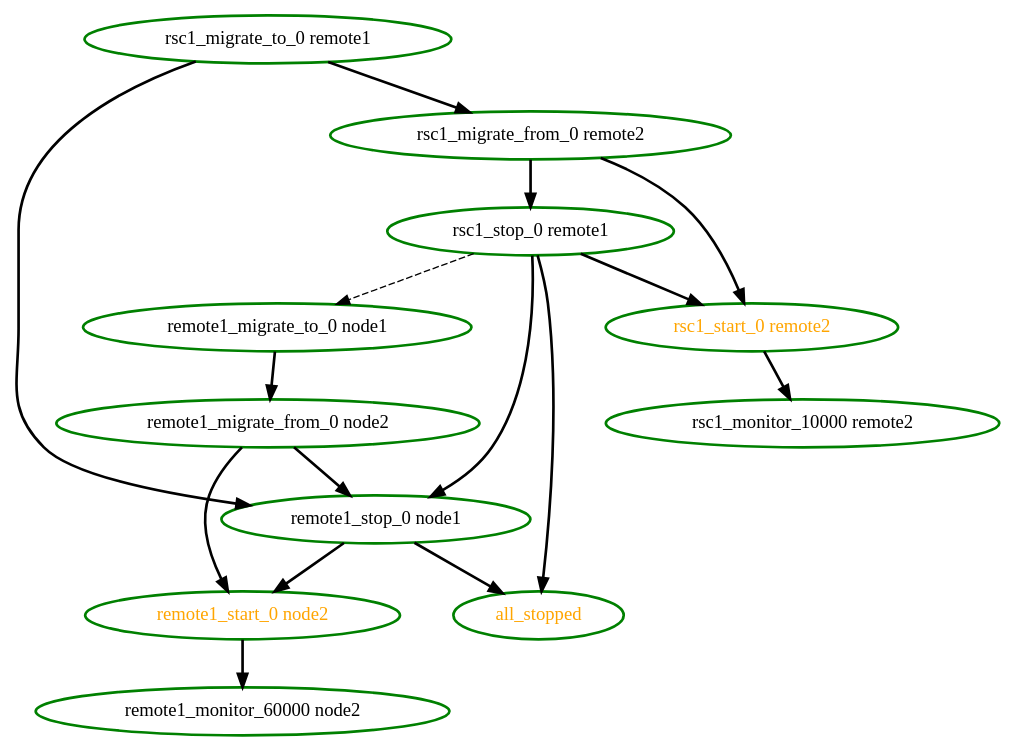
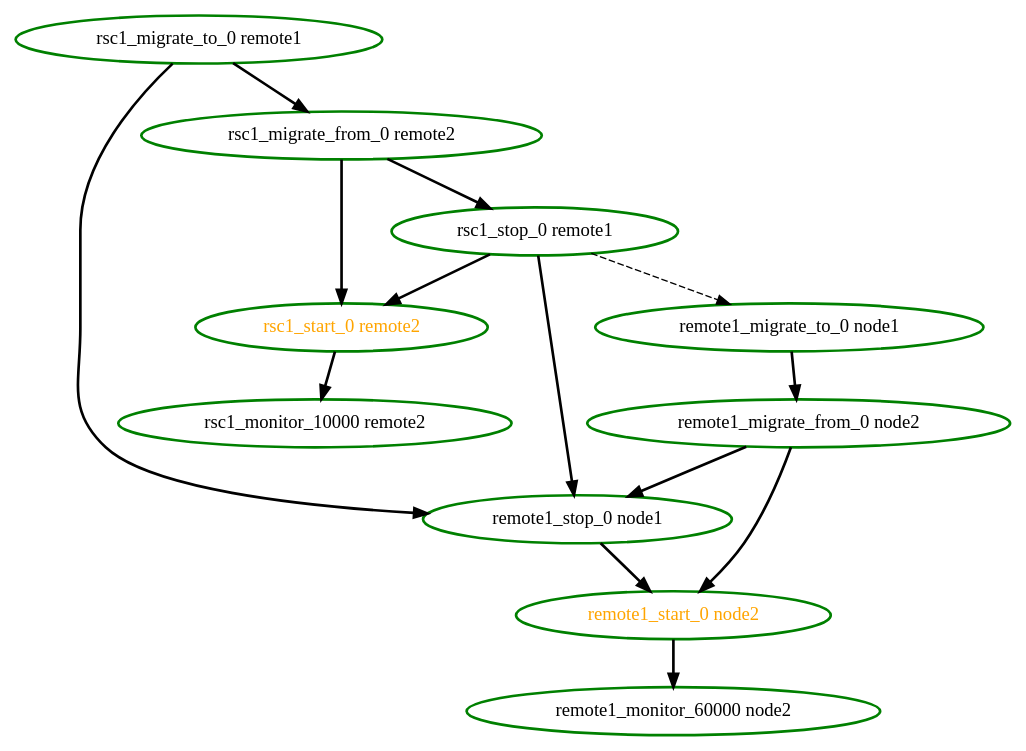
One commit to eurolinux-enterprise-linux-sources/pacemaker changed the diagram in src/pengine/test10/migration-behind-migrating-remote.dot. Above: the diagram before and after it, drawn with Graphviz. The commit also changed 1674 other files, not shown here.

```diff
--- a/src/pengine/test10/migration-behind-migrating-remote.dot
+++ b/src/pengine/test10/migration-behind-migrating-remote.dot
@@ -1,28 +1,25 @@
 digraph "g" {
-"all_stopped" [ style=bold color="green" fontcolor="orange"]
 "remote1_migrate_from_0 node2" -> "remote1_start_0 node2" [ style = bold]
 "remote1_migrate_from_0 node2" -> "remote1_stop_0 node1" [ style = bold]
 "remote1_migrate_from_0 node2" [ style=bold color="green" fontcolor="black"]
 "remote1_migrate_to_0 node1" -> "remote1_migrate_from_0 node2" [ style = bold]
 "remote1_migrate_to_0 node1" [ style=bold color="green" fontcolor="black"]
 "remote1_monitor_60000 node2" [ style=bold color="green" fontcolor="black"]
 "remote1_start_0 node2" -> "remote1_monitor_60000 node2" [ style = bold]
 "remote1_start_0 node2" [ style=bold color="green" fontcolor="orange"]
-"remote1_stop_0 node1" -> "all_stopped" [ style = bold]
 "remote1_stop_0 node1" -> "remote1_start_0 node2" [ style = bold]
 "remote1_stop_0 node1" [ style=bold color="green" fontcolor="black"]
 "rsc1_migrate_from_0 remote2" -> "rsc1_start_0 remote2" [ style = bold]
 "rsc1_migrate_from_0 remote2" -> "rsc1_stop_0 remote1" [ style = bold]
 "rsc1_migrate_from_0 remote2" [ style=bold color="green" fontcolor="black"]
 "rsc1_migrate_to_0 remote1" -> "remote1_stop_0 node1" [ style = bold]
 "rsc1_migrate_to_0 remote1" -> "rsc1_migrate_from_0 remote2" [ style = bold]
 "rsc1_migrate_to_0 remote1" [ style=bold color="green" fontcolor="black"]
 "rsc1_monitor_10000 remote2" [ style=bold color="green" fontcolor="black"]
 "rsc1_start_0 remote2" -> "rsc1_monitor_10000 remote2" [ style = bold]
 "rsc1_start_0 remote2" [ style=bold color="green" fontcolor="orange"]
-"rsc1_stop_0 remote1" -> "all_stopped" [ style = bold]
 "rsc1_stop_0 remote1" -> "remote1_migrate_to_0 node1" [ style = dashed]
 "rsc1_stop_0 remote1" -> "remote1_stop_0 node1" [ style = bold]
 "rsc1_stop_0 remote1" -> "rsc1_start_0 remote2" [ style = bold]
 "rsc1_stop_0 remote1" [ style=bold color="green" fontcolor="black"]
 }
```
